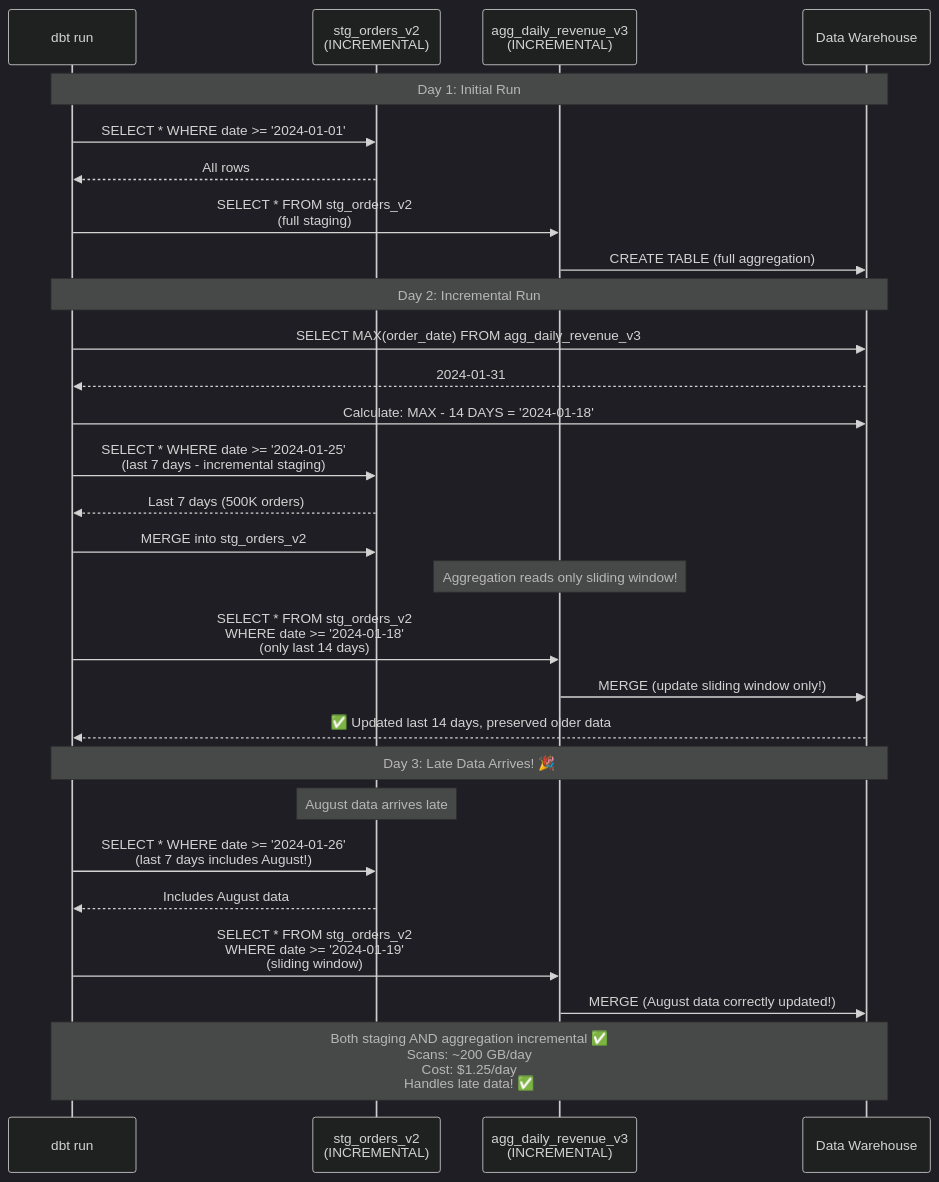
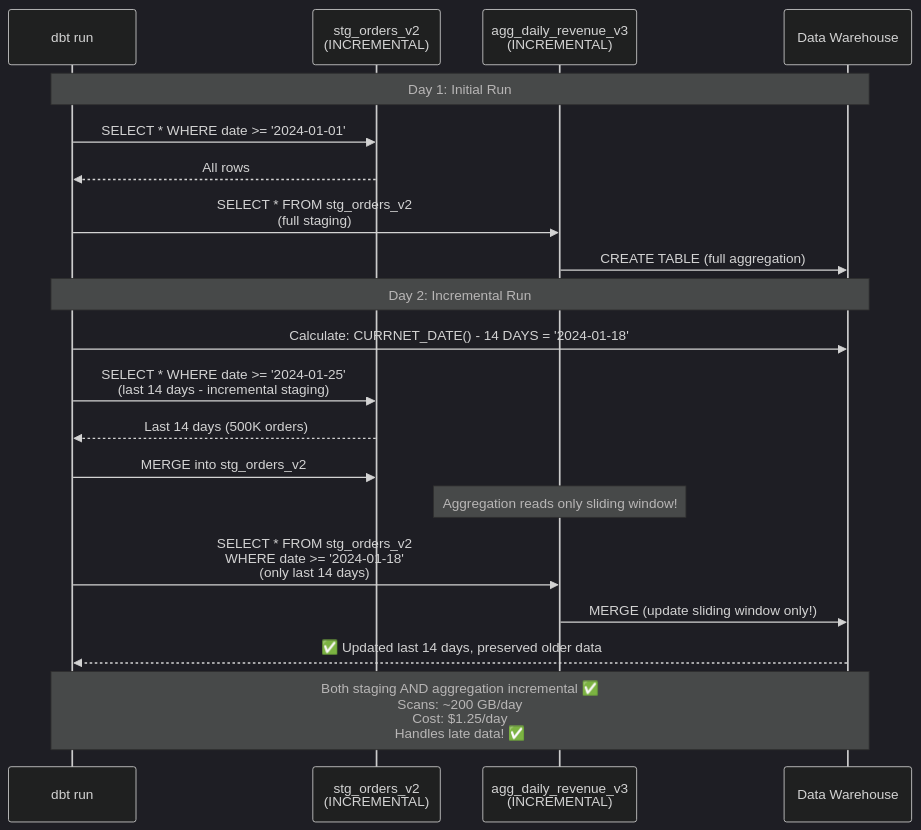
The fifth of 6 diagrams in presentation.md (thosangs/dbt_incremental_agg), drawn with Mermaid (dark theme) before and after one commit. The commit also changed other lines of this file and 11 other files, not shown here.

````diff
--- a/presentation.md
+++ b/presentation.md
@@ -389,34 +389,26 @@
 ```mermaid
 sequenceDiagram
     participant dbt as dbt run
     participant staging as stg_orders_v2<br/>(INCREMENTAL)
     participant agg as agg_daily_revenue_v3<br/>(INCREMENTAL)
     participant warehouse as Data Warehouse
 
     Note over dbt,warehouse: Day 1: Initial Run
     dbt->>staging: SELECT * WHERE date >= '2024-01-01'
     staging-->>dbt: All rows
     dbt->>agg: SELECT * FROM stg_orders_v2<br/>(full staging)
     agg->>warehouse: CREATE TABLE (full aggregation)
 
     Note over dbt,warehouse: Day 2: Incremental Run
-    dbt->>warehouse: SELECT MAX(order_date) FROM agg_daily_revenue_v3
-    warehouse-->>dbt: 2024-01-31
-    dbt->>warehouse: Calculate: MAX - 14 DAYS = '2024-01-18'
-    dbt->>staging: SELECT * WHERE date >= '2024-01-25'<br/>(last 7 days - incremental staging)
-    staging-->>dbt: Last 7 days (500K orders)
+    dbt->>warehouse: Calculate: CURRNET_DATE() - 14 DAYS = '2024-01-18'
+    dbt->>staging: SELECT * WHERE date >= '2024-01-25'<br/>(last 14 days - incremental staging)
+    staging-->>dbt: Last 14 days (500K orders)
     dbt->>staging: MERGE into stg_orders_v2
     Note over agg: Aggregation reads only sliding window!
     dbt->>agg: SELECT * FROM stg_orders_v2<br/>WHERE date >= '2024-01-18'<br/>(only last 14 days)
     agg->>warehouse: MERGE (update sliding window only!)
     warehouse-->>dbt: ✅ Updated last 14 days, preserved older data
 
-    Note over dbt,warehouse: Day 3: Late Data Arrives! 🎉
-    Note over staging: August data arrives late
-    dbt->>staging: SELECT * WHERE date >= '2024-01-26'<br/>(last 7 days includes August!)
-    staging-->>dbt: Includes August data
-    dbt->>agg: SELECT * FROM stg_orders_v2<br/>WHERE date >= '2024-01-19'<br/>(sliding window)
-    agg->>warehouse: MERGE (August data correctly updated!)
 
     Note over dbt,warehouse: Both staging AND aggregation incremental ✅<br/>Scans: ~200 GB/day<br/>Cost: $1.25/day<br/>Handles late data! ✅
 ```
````
